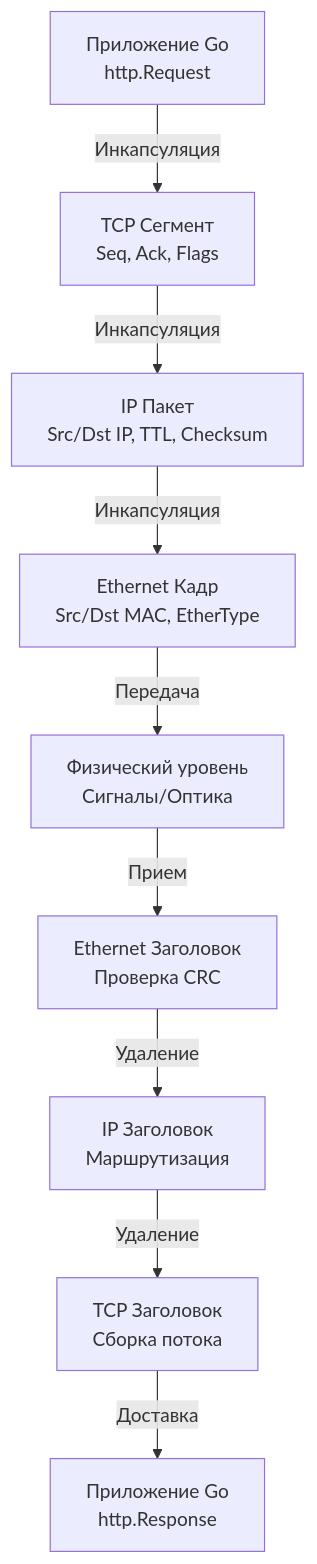
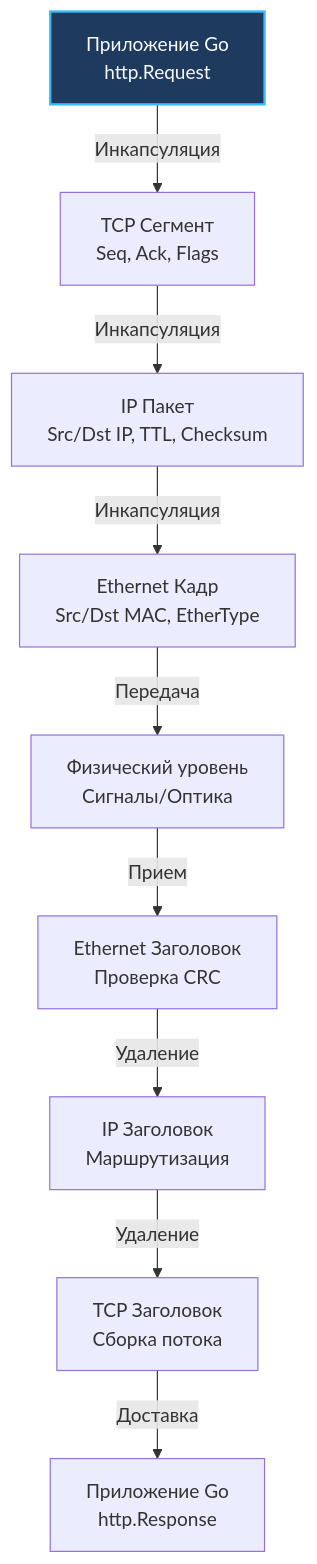
One commit to UnrealTemplier/go-textbook changed the second of 3 diagrams in sources/3. Компьютерные сети и сетевой стек/2. Модели OSI и TCP IP. Как данные проходят путь от приложения до провода.md. Above: the diagram before and after it, drawn with Mermaid. The commit also changed other lines of this file and 1666 other files, not shown here.

First line of the commit message:
feat(mermaid): add semantic color classDef to 1369 colorless flowchart/graph diagrams

````diff
--- a/sources/3. Компьютерные сети и сетевой стек/2. Модели OSI и TCP IP. Как данные проходят путь от приложения до провода.md
+++ b/sources/3. Компьютерные сети и сетевой стек/2. Модели OSI и TCP IP. Как данные проходят путь от приложения до провода.md
@@ -69,12 +79,22 @@
 ```mermaid
 flowchart TD
-    A["Приложение Go<br>http.Request"] -->|"Инкапсуляция"| B["TCP Сегмент<br>Seq, Ack, Flags"]
+    classDef process  fill:#1e293b,stroke:#38bdf8,stroke-width:1px,color:#f8fafc
+    classDef success  fill:#064e3b,stroke:#34d399,stroke-width:1px,color:#f8fafc
+    classDef error    fill:#7f1d1d,stroke:#f87171,stroke-width:1px,color:#f8fafc
+    classDef warning  fill:#78350f,stroke:#fbbf24,stroke-width:1px,color:#f8fafc
+    classDef entry    fill:#1e3a5f,stroke:#38bdf8,stroke-width:2px,color:#f8fafc
+    classDef aux      fill:#334155,stroke:#64748b,stroke-width:1px,color:#f8fafc
+    classDef system   fill:#312e81,stroke:#a78bfa,stroke-width:1px,color:#f8fafc
+    classDef data     fill:#132d29,stroke:#2dd4bf,stroke-width:1px,color:#f8fafc
+    classDef network  fill:#881337,stroke:#fb7185,stroke-width:1px,color:#f8fafc
+    classDef accent   fill:#1e1b4b,stroke:#818cf8,stroke-width:1px,color:#f8fafc
+    A["Приложение Go<br>http.Request"]:::entry -->|"Инкапсуляция"| B["TCP Сегмент<br>Seq, Ack, Flags"]
     B -->|"Инкапсуляция"| C["IP Пакет<br>Src/Dst IP, TTL, Checksum"]
     C -->|"Инкапсуляция"| D["Ethernet Кадр<br>Src/Dst MAC, EtherType"]
     D -->|"Передача"| E["Физический уровень<br>Сигналы/Оптика"]
     
     E -->|"Прием"| F["Ethernet Заголовок<br>Проверка CRC"]
     F -->|"Удаление"| G["IP Заголовок<br>Маршрутизация"]
     G -->|"Удаление"| H["TCP Заголовок<br>Сборка потока"]
     H -->|"Доставка"| I["Приложение Go<br>http.Response"]
 ```
````
